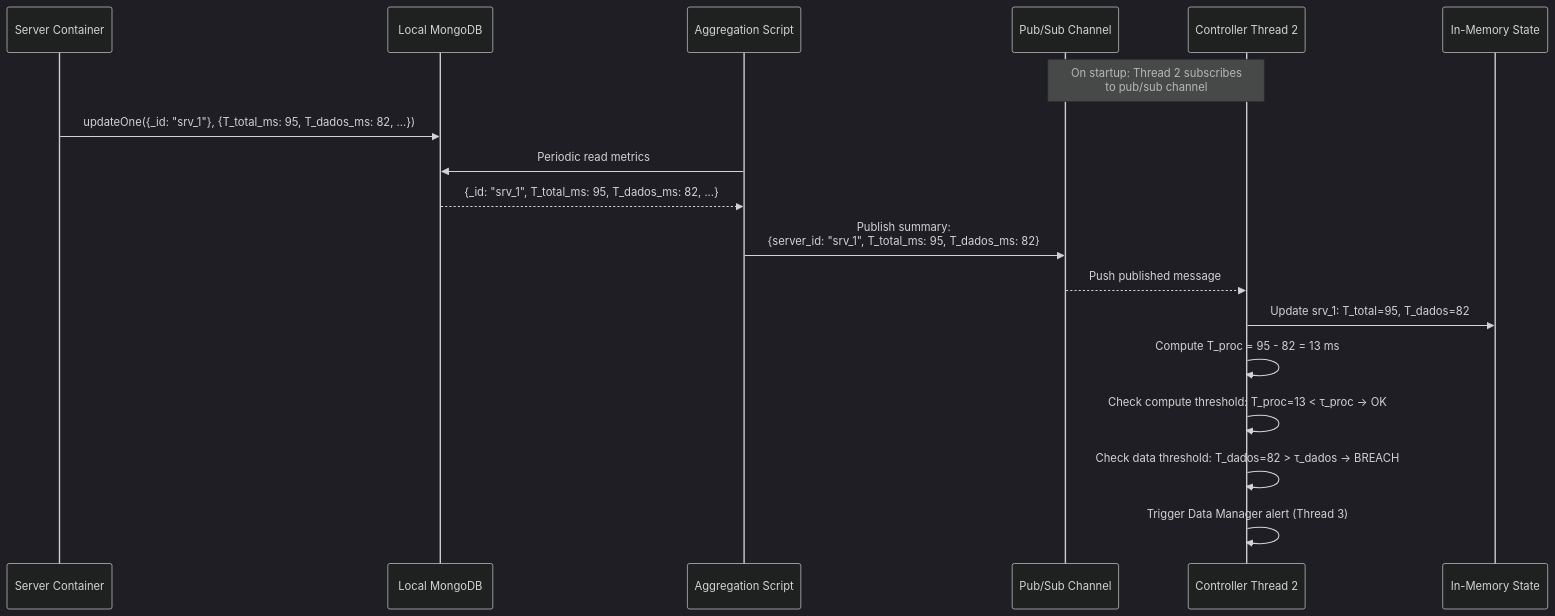
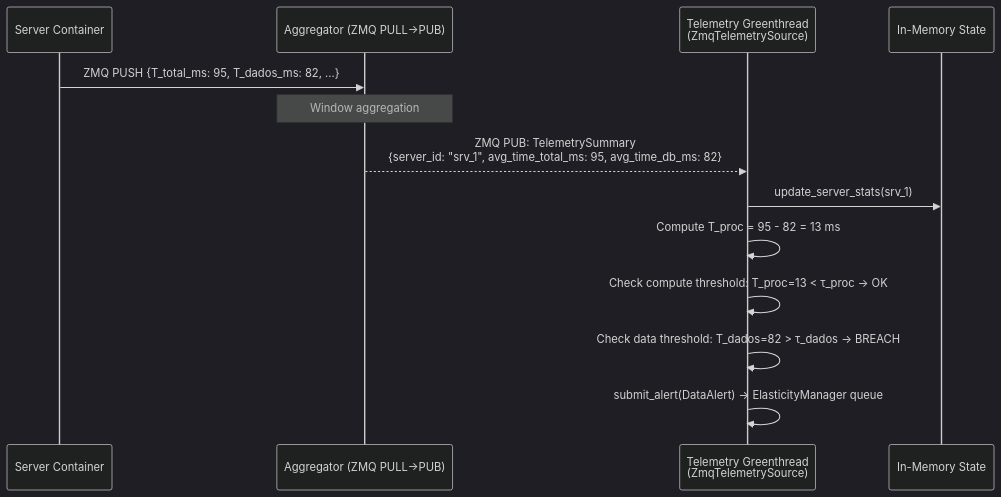
One commit to poioe20p/efficient-storage-in-edge-scenarios changed diagram 18 of 21 in docs/operation/system_scenarios.md. Above: the diagram before and after it, drawn with Mermaid (dark theme). The commit also changed other lines of this file and 28 other files, not shown here.

Commit message:
- setup testing workload - setup http request with connection to db (made some fixes) wrong port and etc - controller was able to vip route both client http to server and server mongodb to db

````diff
--- a/docs/operation/system_scenarios.md
+++ b/docs/operation/system_scenarios.md
@@ -457,22 +449,16 @@
 ```mermaid
 sequenceDiagram
     participant Server as Server Container
-    participant LocalMongo as Local MongoDB
-    participant AggScript as Aggregation Script
-    participant PubSub as Pub/Sub Channel
-    participant T2 as Controller Thread 2
+    participant Agg as Aggregator (ZMQ PULL→PUB)
+    participant T2 as Telemetry Greenthread<br/>(ZmqTelemetrySource)
     participant Memory as In-Memory State
 
-    Note over T2,PubSub: On startup: Thread 2 subscribes<br/>to pub/sub channel
-
-    Server->>LocalMongo: updateOne({_id: "srv_1"}, {T_total_ms: 95, T_dados_ms: 82, ...})
-    AggScript->>LocalMongo: Periodic read metrics
-    LocalMongo-->>AggScript: {_id: "srv_1", T_total_ms: 95, T_dados_ms: 82, ...}
-    AggScript->>PubSub: Publish summary:<br/>{server_id: "srv_1", T_total_ms: 95, T_dados_ms: 82}
-    PubSub-->>T2: Push published message
-    T2->>Memory: Update srv_1: T_total=95, T_dados=82
+    Server->>Agg: ZMQ PUSH {T_total_ms: 95, T_dados_ms: 82, ...}
+    Note over Agg: Window aggregation
+    Agg-->>T2: ZMQ PUB: TelemetrySummary<br/>{server_id: "srv_1", avg_time_total_ms: 95, avg_time_db_ms: 82}
+    T2->>Memory: update_server_stats(srv_1)
     T2->>T2: Compute T_proc = 95 - 82 = 13 ms
     T2->>T2: Check compute threshold: T_proc=13 < τ_proc → OK
     T2->>T2: Check data threshold: T_dados=82 > τ_dados → BREACH
-    T2->>T2: Trigger Data Manager alert (Thread 3)
+    T2->>T2: submit_alert(DataAlert) → ElasticityManager queue
 ```
````
